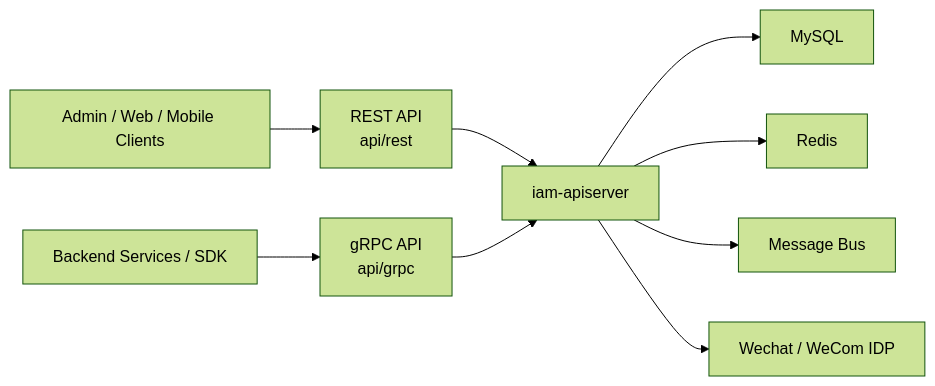
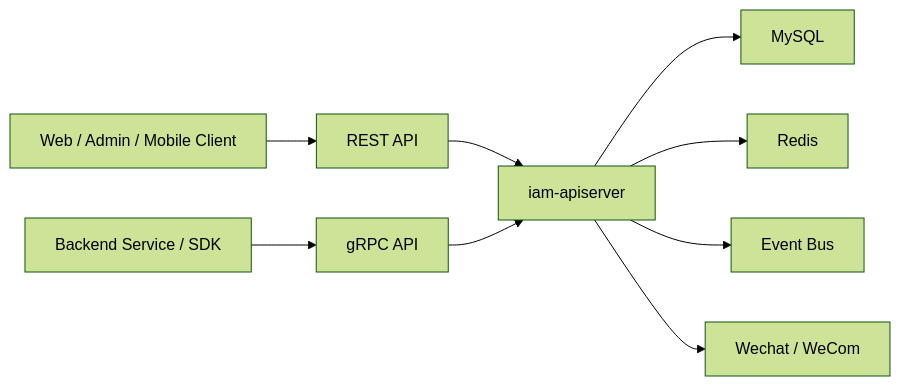
The first of 11 diagrams in docs/00-概览/01-系统架构总览.md (FangcunMount/iam), drawn with Mermaid (forest theme) before and after one commit. The commit also changed other lines of this file and 11 other files, not shown here.

````diff
--- a/docs/00-概览/01-系统架构总览.md
+++ b/docs/00-概览/01-系统架构总览.md
@@ -17,21 +84,26 @@
 ```mermaid
 flowchart LR
-    Browser["Admin / Web / Mobile Clients"]
-    Service["Backend Services / SDK"]
-    APIServer["iam-apiserver"]
-    REST["REST API\napi/rest"]
-    GRPC["gRPC API\napi/grpc"]
+    Client["Web / Admin / Mobile Client"]
+    Service["Backend Service / SDK"]
+
+    REST["REST API"]
+    GRPC["gRPC API"]
+
+    IAM["iam-apiserver"]
+
     DB["MySQL"]
     Redis["Redis"]
-    MQ["Message Bus"]
-    IDP["Wechat / WeCom IDP"]
+    MQ["Event Bus"]
+    IDP["Wechat / WeCom"]
 
-    Browser --> REST
+    Client --> REST
     Service --> GRPC
-    REST --> APIServer
-    GRPC --> APIServer
-    APIServer --> DB
-    APIServer --> Redis
-    APIServer --> MQ
-    APIServer --> IDP
+
+    REST --> IAM
+    GRPC --> IAM
+
+    IAM --> DB
+    IAM --> Redis
+    IAM --> MQ
+    IAM --> IDP
 ```
````
